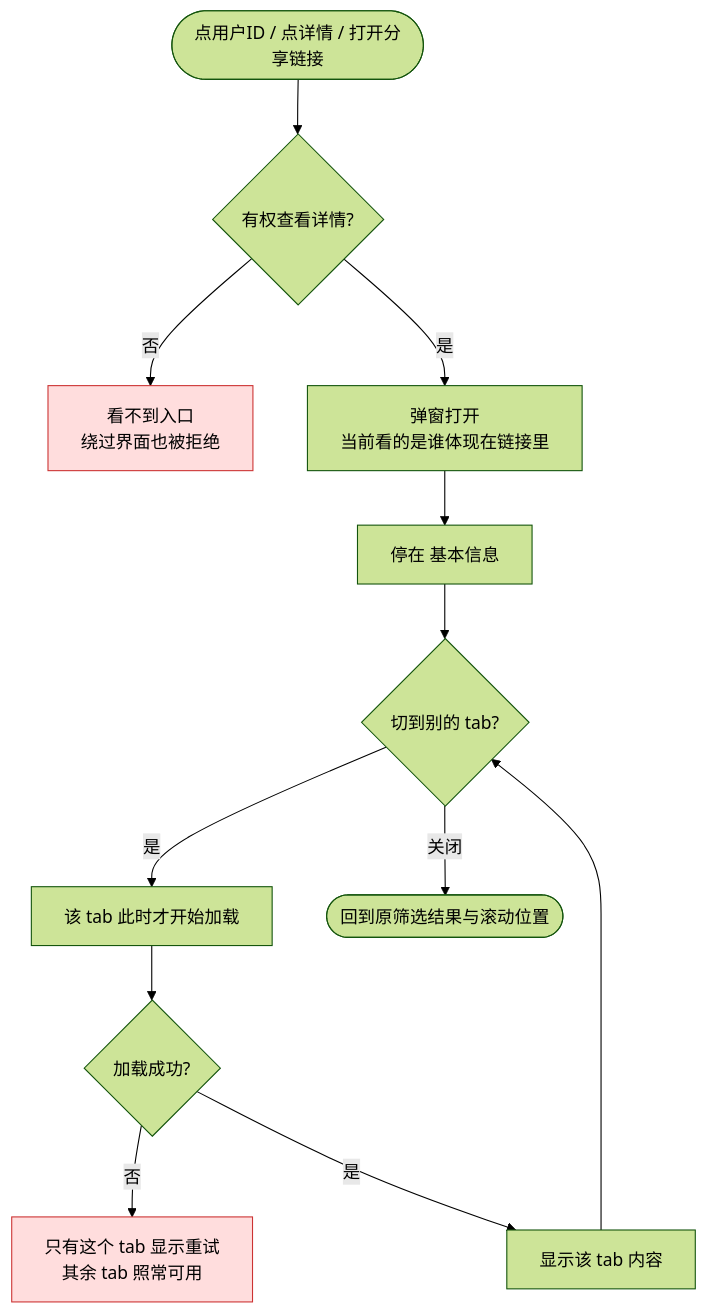
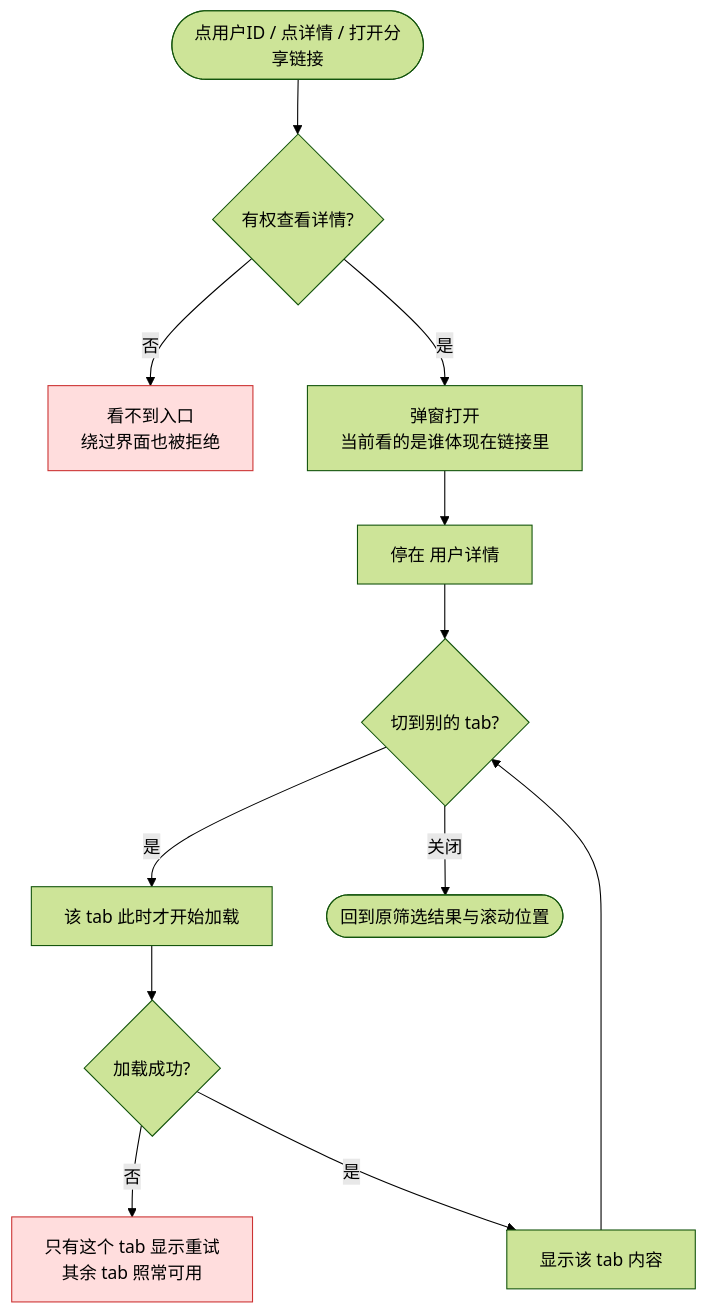
One commit to bingo-lab-1/bingo-figma changed the first of 3 diagrams in M2-用户管理/2.1-用户列表/README.md. Above: the diagram before and after it, drawn with Mermaid (forest theme). The commit also changed other lines of this file and 79 other files, not shown here.

````diff
--- a/M2-用户管理/2.1-用户列表/README.md
+++ b/M2-用户管理/2.1-用户列表/README.md
@@ -189,17 +210,17 @@
 ```mermaid
 flowchart TD
     S([点用户ID / 点详情 / 打开分享链接]) --> P{有权查看详情?}
     P -- 否 --> X1[看不到入口<br/>绕过界面也被拒绝]
     P -- 是 --> O[弹窗打开<br/>当前看的是谁体现在链接里]
-    O --> B[停在 基本信息]
+    O --> B[停在 用户详情]
     B --> T{切到别的 tab?}
     T -- 是 --> Q[该 tab 此时才开始加载]
     Q --> R{加载成功?}
     R -- 否 --> X2[只有这个 tab 显示重试<br/>其余 tab 照常可用]
     R -- 是 --> C[显示该 tab 内容]
     C --> T
     T -- 关闭 --> E([回到原筛选结果与滚动位置])
 
     style X1 fill:#fdd,stroke:#c33
     style X2 fill:#fdd,stroke:#c33
 ```
````
